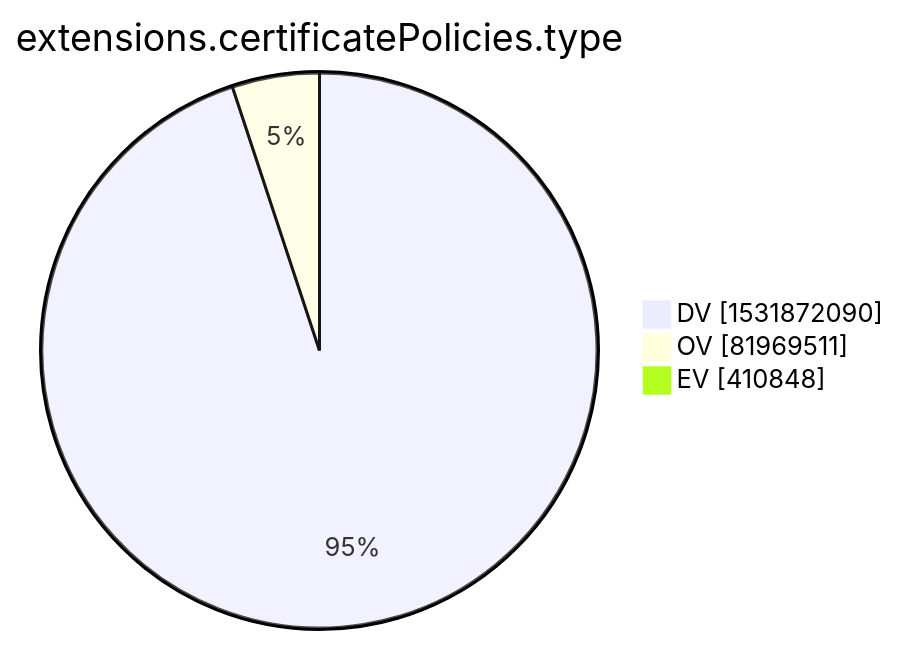
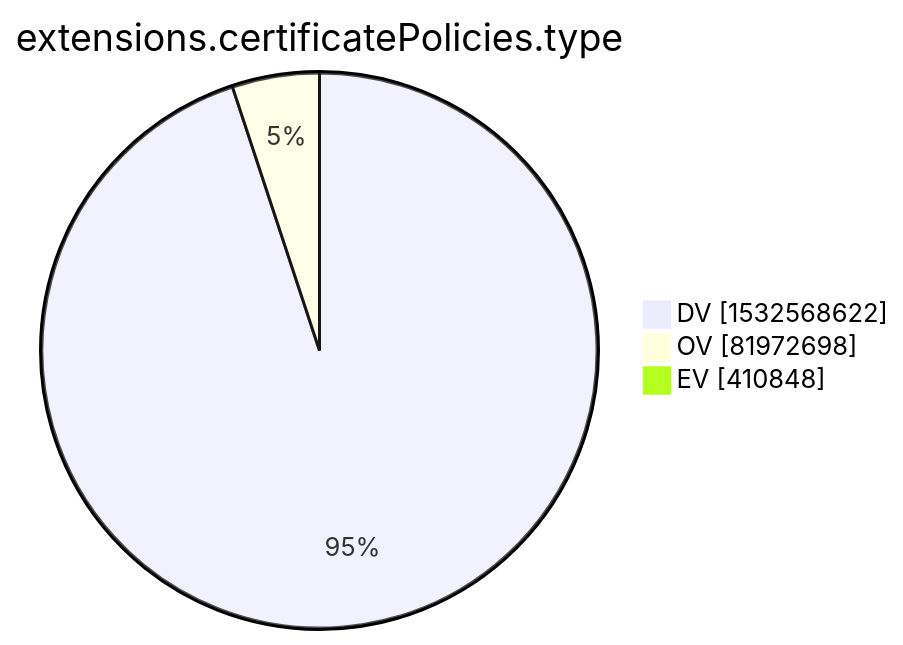
One commit to christiankrug/ctmonitor_visualization changed the tenth of 15 diagrams in xenon2022/README.md. Above: the diagram before and after it, drawn with Mermaid. The commit also changed other lines of this file, not shown here.

````diff
--- a/xenon2022/README.md
+++ b/xenon2022/README.md
@@ -2875,7 +2875,7 @@
 ```mermaid
 pie showData
 title extensions.certificatePolicies.type
-"DV" :1531872090
-"OV" :81969511
+"DV" :1532568622
+"OV" :81972698
 "EV" :410848
 ```
````
